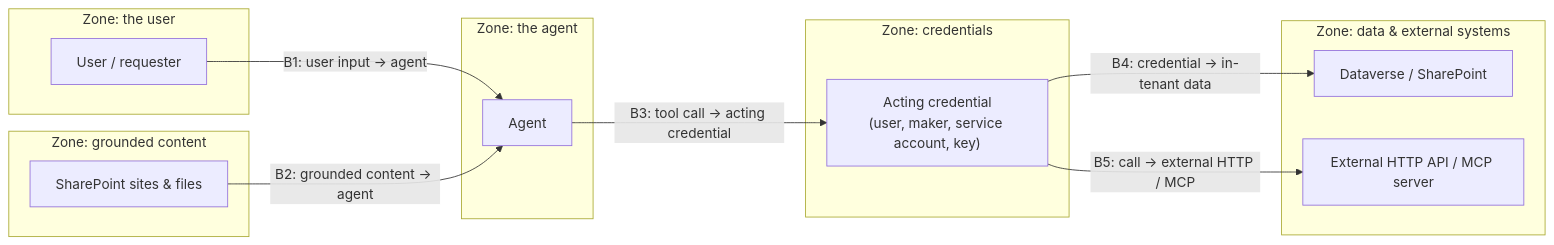
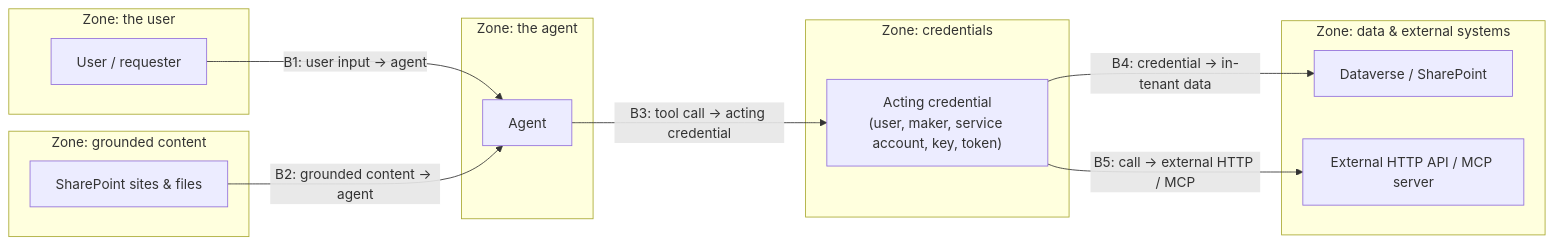
Before and after one commit to solliancenet/copilot-studio-shadow-agents-workshop: the diagram in docs/01_the_agent_estate/01_03.md, drawn with Mermaid. The commit also changed other lines of this file and 1 other file, not shown here.

Commit message:
01-03: SharePoint knowledge's reader is Unknown until Exercise 04, B4 not ruled out, offline SharePoint rows ignored; token back in the 01-02 and 01-03 credential lists

````diff
--- a/docs/01_the_agent_estate/01_03.md
+++ b/docs/01_the_agent_estate/01_03.md
@@ -27,25 +27,25 @@
 ```mermaid
 flowchart LR
   subgraph Z1["Zone: the user"]
     U["User / requester"]
   end
   subgraph Z0["Zone: grounded content"]
     G["SharePoint sites &amp; files"]
   end
   subgraph Z2["Zone: the agent"]
     A["Agent"]
   end
   subgraph Z3["Zone: credentials"]
-    CR["Acting credential<br/>(user, maker, service account, key)"]
+    CR["Acting credential<br/>(user, maker, service account, key, token)"]
   end
   subgraph Z4["Zone: data &amp; external systems"]
     D["Dataverse / SharePoint"]
     X["External HTTP API / MCP server"]
   end
 
   U -->|"B1: user input → agent"| A
   G -->|"B2: grounded content → agent"| A
   A -->|"B3: tool call → acting credential"| CR
   CR -->|"B4: credential → in-tenant data"| D
   CR -->|"B5: call → external HTTP / MCP"| X
 ```
````
